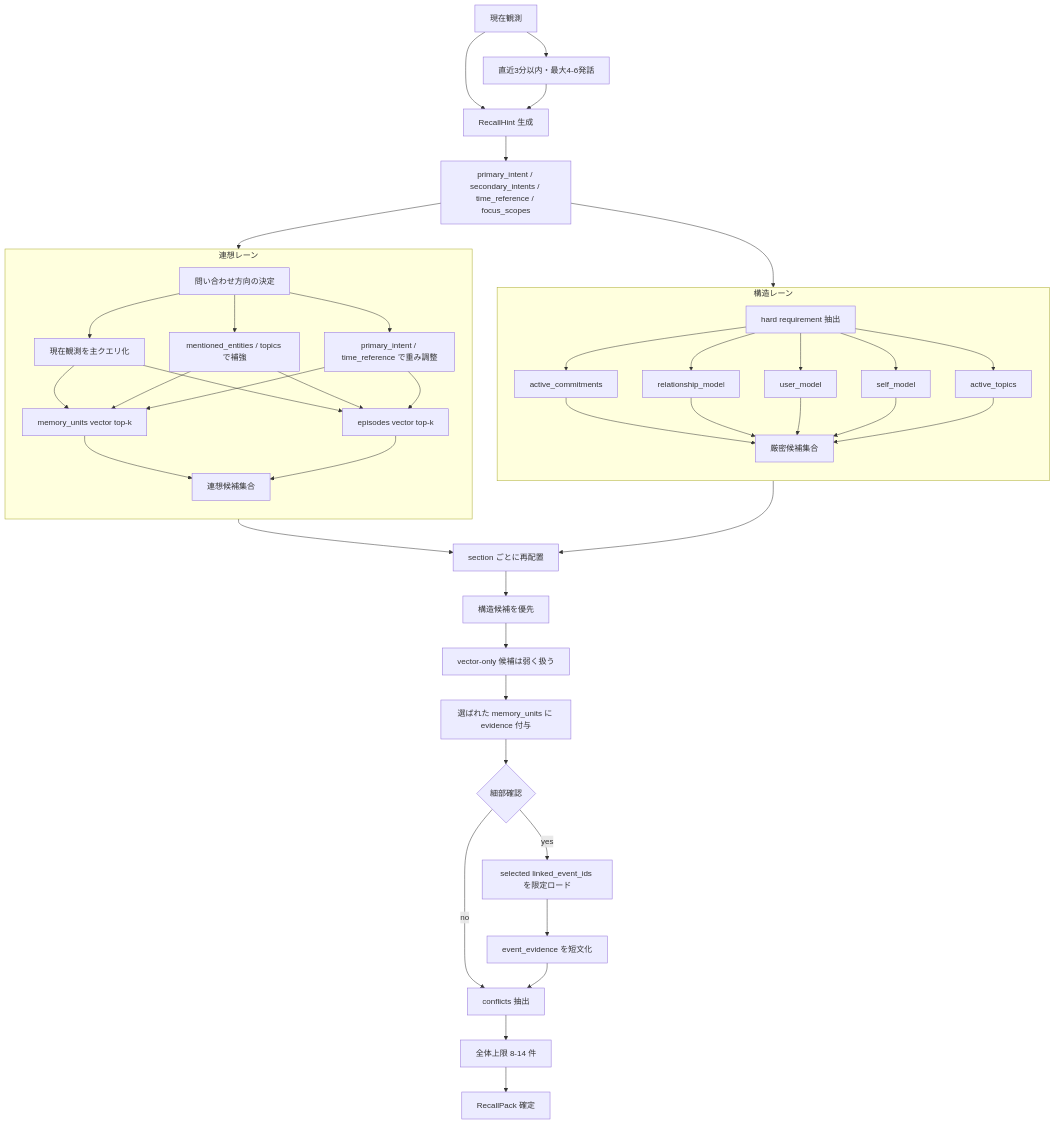
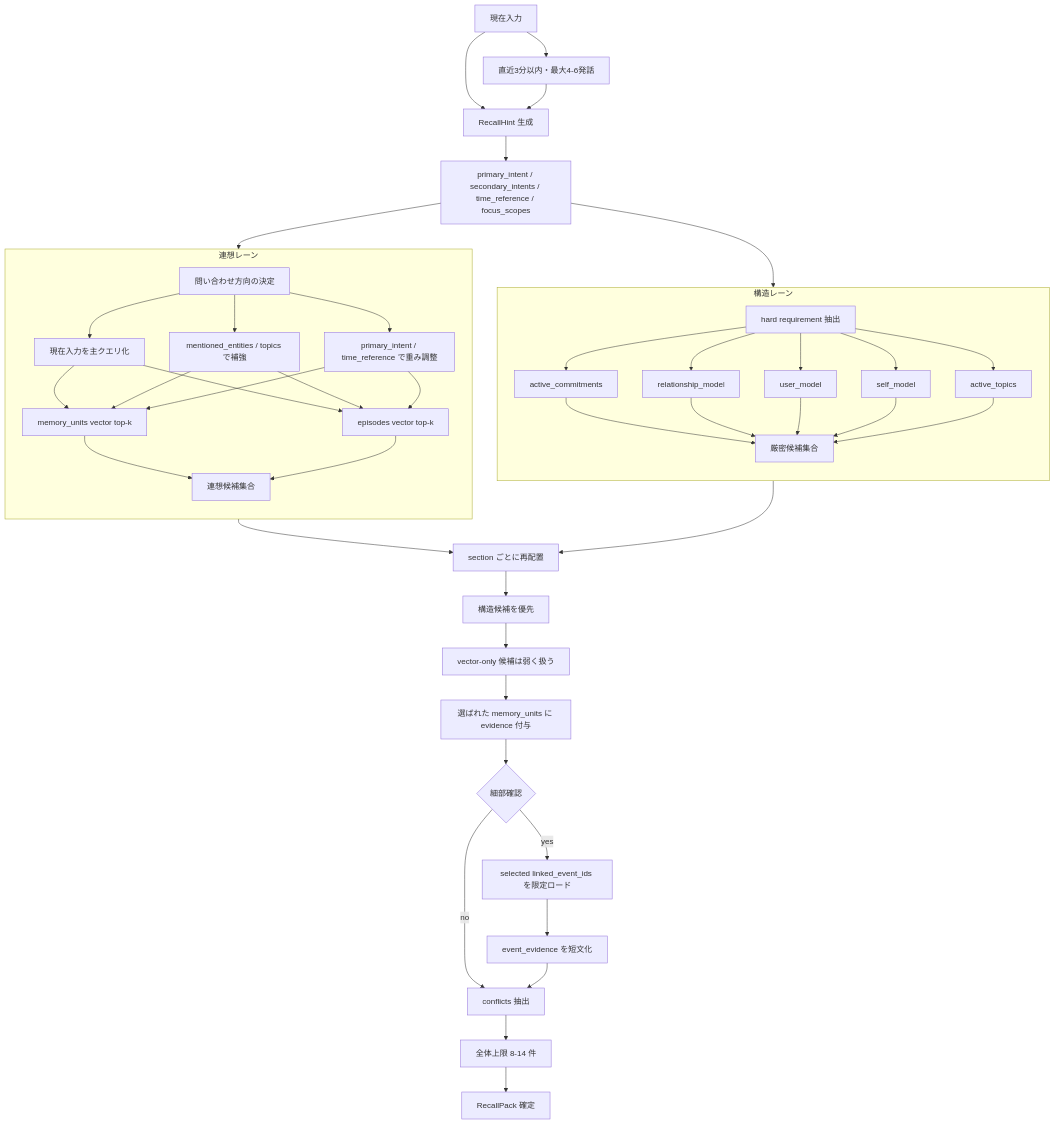
One commit to hirona98/OtomeKairo changed the second of 4 diagrams in docs/design/memory/05_想起と判断フロー図.md. Above: the diagram before and after it, drawn with Mermaid. The commit also changed other lines of this file and 36 other files, not shown here.

````diff
--- a/docs/design/memory/05_想起と判断フロー図.md
+++ b/docs/design/memory/05_想起と判断フロー図.md
@@ -97,66 +97,66 @@
 ```mermaid
 flowchart TD
-    A[現在観測] --> B[直近3分以内・最大4-6発話]
+    A[現在入力] --> B[直近3分以内・最大4-6発話]
     A --> C[RecallHint 生成]
     B --> C
     C --> D[primary_intent / secondary_intents / time_reference / focus_scopes]
 
     D --> E1
     D --> E2
 
     subgraph SL[構造レーン]
         direction TB
         E1[hard requirement 抽出]
         F1[active_commitments]
         F2[relationship_model]
         F3[user_model]
         F4[self_model]
         F5[active_topics]
         G1[厳密候補集合]
         E1 --> F1
         E1 --> F2
         E1 --> F3
         E1 --> F4
         E1 --> F5
         F1 --> G1
         F2 --> G1
         F3 --> G1
         F4 --> G1
         F5 --> G1
     end
 
     subgraph VL[連想レーン]
         direction TB
         E2[問い合わせ方向の決定]
-        H1[現在観測を主クエリ化]
+        H1[現在入力を主クエリ化]
         H2[mentioned_entities / topics で補強]
         H3[primary_intent / time_reference で重み調整]
         H4[memory_units vector top-k]
         H5[episodes vector top-k]
         H6[連想候補集合]
         E2 --> H1
         E2 --> H2
         E2 --> H3
         H1 --> H4
         H1 --> H5
         H2 --> H4
         H2 --> H5
         H3 --> H4
         H3 --> H5
         H4 --> H6
         H5 --> H6
     end
 
     G1 --> I[section ごとに再配置]
     H6 --> I
     I --> J[構造候補を優先]
     J --> K[vector-only 候補は弱く扱う]
     K --> L[選ばれた memory_units に evidence 付与]
     L --> X{細部確認}
     X -- no --> M[conflicts 抽出]
     X -- yes --> Y[selected linked_event_ids を限定ロード]
     Y --> Z[event_evidence を短文化]
     Z --> M
     M --> N[全体上限 8-14 件]
     N --> O[RecallPack 確定]
 ```
````
